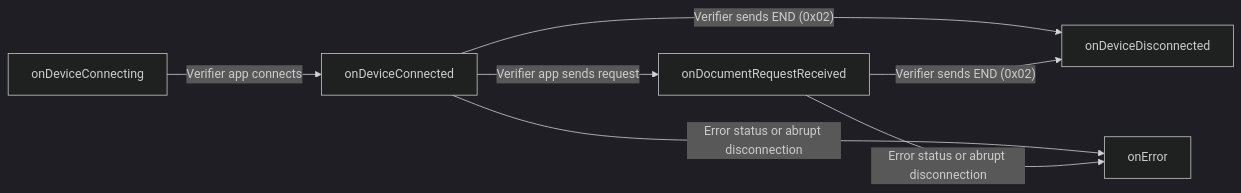
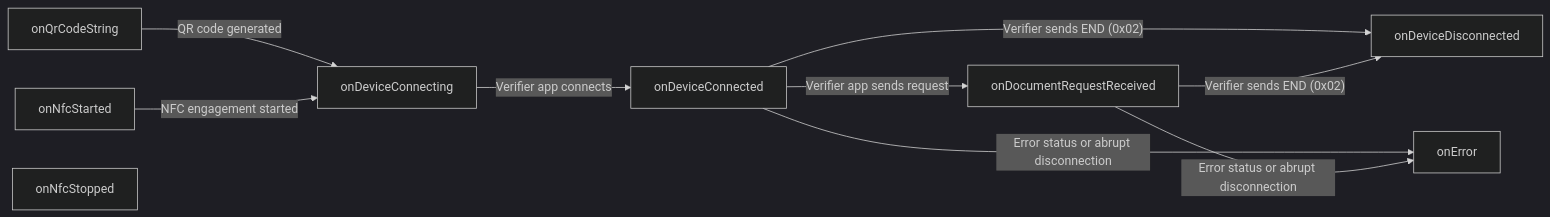
Before and after one commit to pagopa/io-react-native-iso18013: the first of 2 diagrams in src/iso18013/iso18013-5/README.md, drawn with Mermaid (dark theme). The commit also changed other lines of this file and 5 other files, not shown here.

````diff
--- a/src/iso18013/iso18013-5/README.md
+++ b/src/iso18013/iso18013-5/README.md
@@ -67,17 +72,22 @@
 ```mermaid
 flowchart LR
+    onQrCodeString["onQrCodeString"]
+    onNfcStarted["onNfcStarted"]
+    onNfcStopped["onNfcStopped"]
     onDeviceConnecting["onDeviceConnecting"]
     onDeviceConnected["onDeviceConnected"]
     onDocumentRequestReceived["onDocumentRequestReceived"]
     onDeviceDisconnected["onDeviceDisconnected"]
     onError["onError"]
 
+    onQrCodeString -- "QR code generated" --> onDeviceConnecting
+    onNfcStarted -- "NFC engagement started" --> onDeviceConnecting
     onDeviceConnecting -- "Verifier app connects" --> onDeviceConnected
 
     onDeviceConnected -- "Verifier app sends request" --> onDocumentRequestReceived
     onDeviceConnected -- "Verifier sends END (0x02)" --> onDeviceDisconnected
     onDeviceConnected -- "Error status or abrupt disconnection" --> onError
 
     onDocumentRequestReceived -- "Verifier sends END (0x02)" --> onDeviceDisconnected
     onDocumentRequestReceived -- "Error status or abrupt disconnection" --> onError
 ```
````
